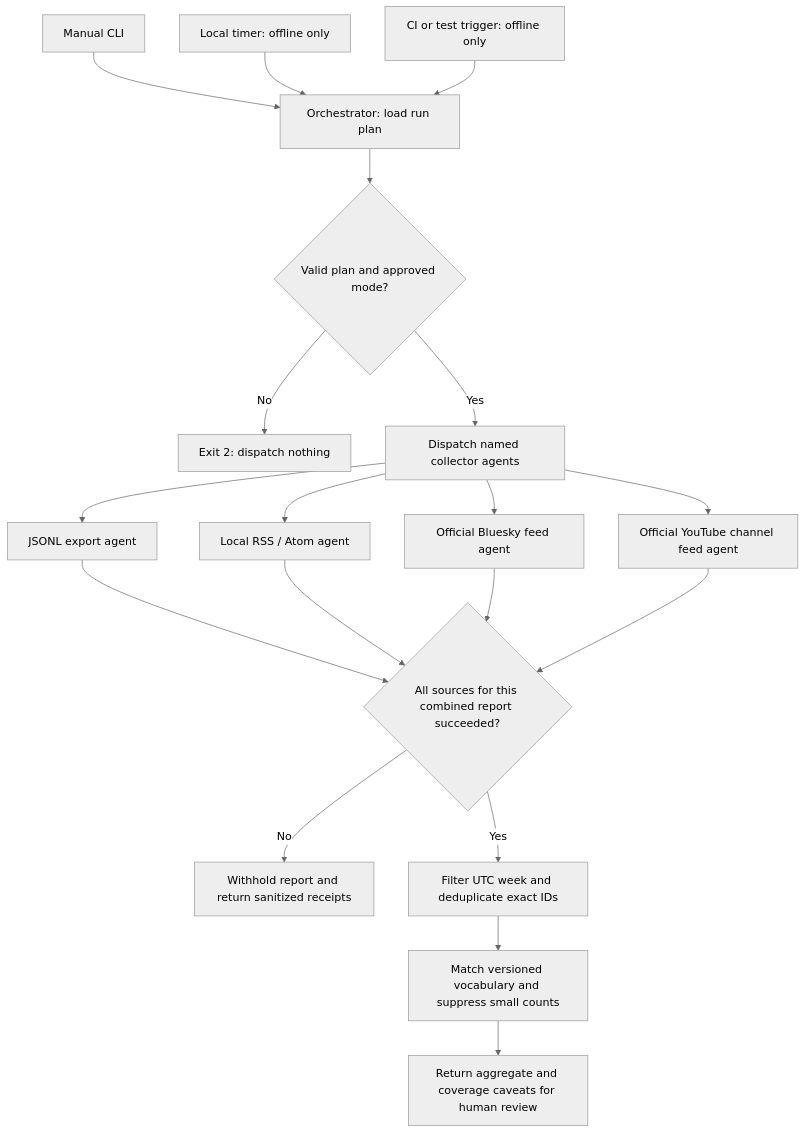
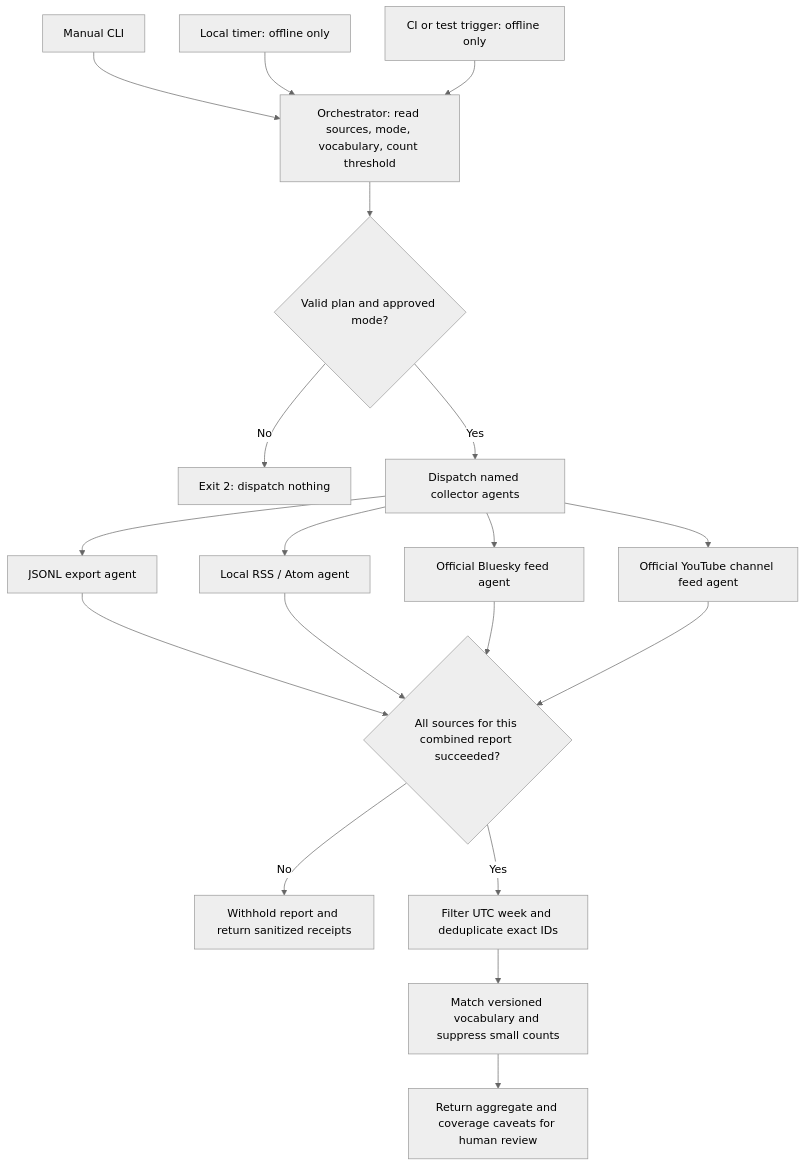
One commit to nikbearbrown/social-media-agent changed the diagram in agents/README.md. Above: the diagram before and after it, drawn with Mermaid (neutral theme). The commit also changed other lines of this file, not shown here.

Commit message:
Document exact run plan fields and collector authentication

````diff
--- a/agents/README.md
+++ b/agents/README.md
@@ -5,21 +5,21 @@
 ```mermaid
 flowchart TD
-    M["Manual CLI"] --> O["Orchestrator: load run plan"]
+    M["Manual CLI"] --> O["Orchestrator: read sources, mode, vocabulary, count threshold"]
     T["Local timer: offline only"] --> O
     I["CI or test trigger: offline only"] --> O
     O --> P{"Valid plan and approved mode?"}
     P -- No --> E["Exit 2: dispatch nothing"]
     P -- Yes --> D["Dispatch named collector agents"]
     D --> J["JSONL export agent"]
     D --> R["Local RSS / Atom agent"]
     D --> B["Official Bluesky feed agent"]
     D --> Y["Official YouTube channel feed agent"]
     J --> Q{"All sources for this combined report succeeded?"}
     R --> Q
     B --> Q
     Y --> Q
     Q -- No --> F["Withhold report and return sanitized receipts"]
     Q -- Yes --> N["Filter UTC week and deduplicate exact IDs"]
     N --> V["Match versioned vocabulary and suppress small counts"]
     V --> H["Return aggregate and coverage caveats for human review"]
 ```
````
